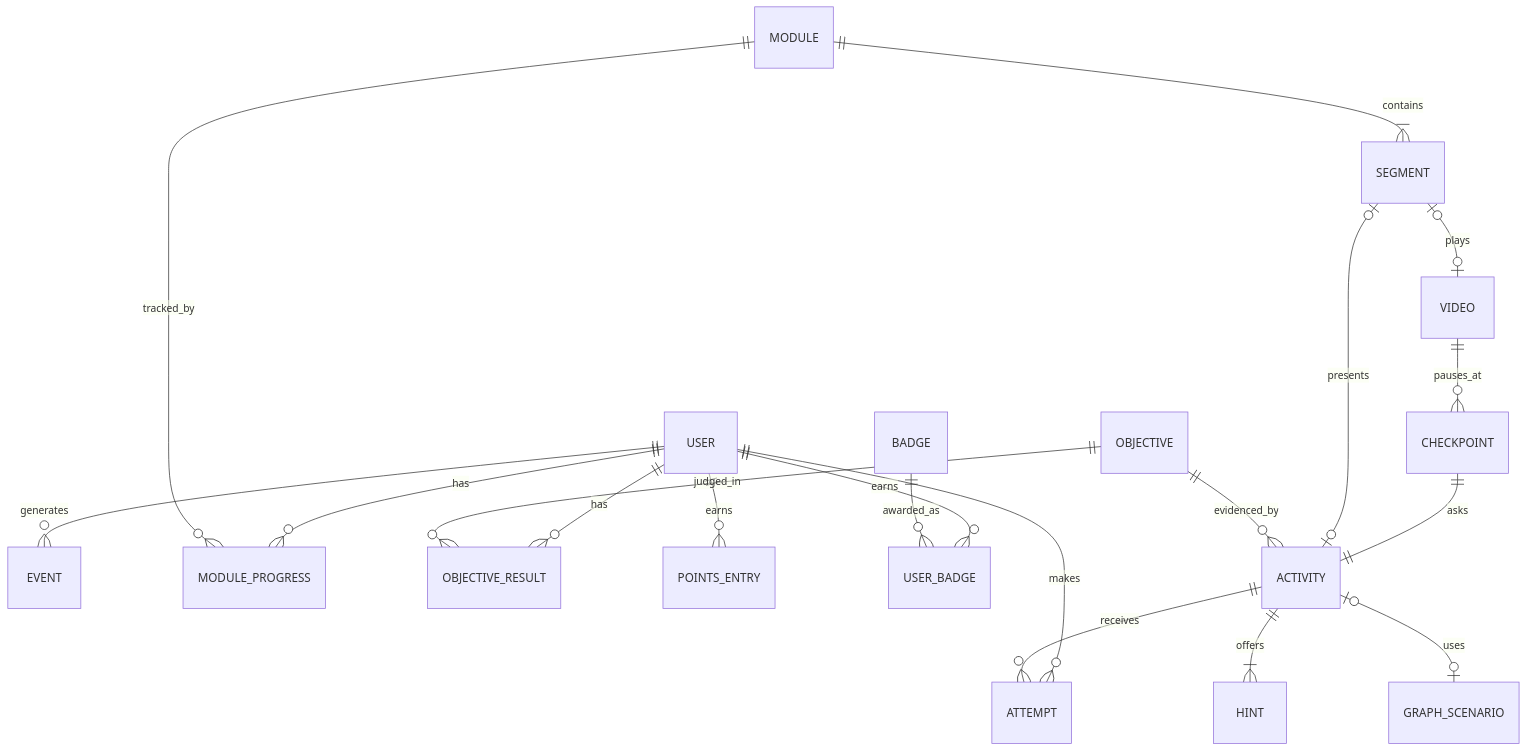
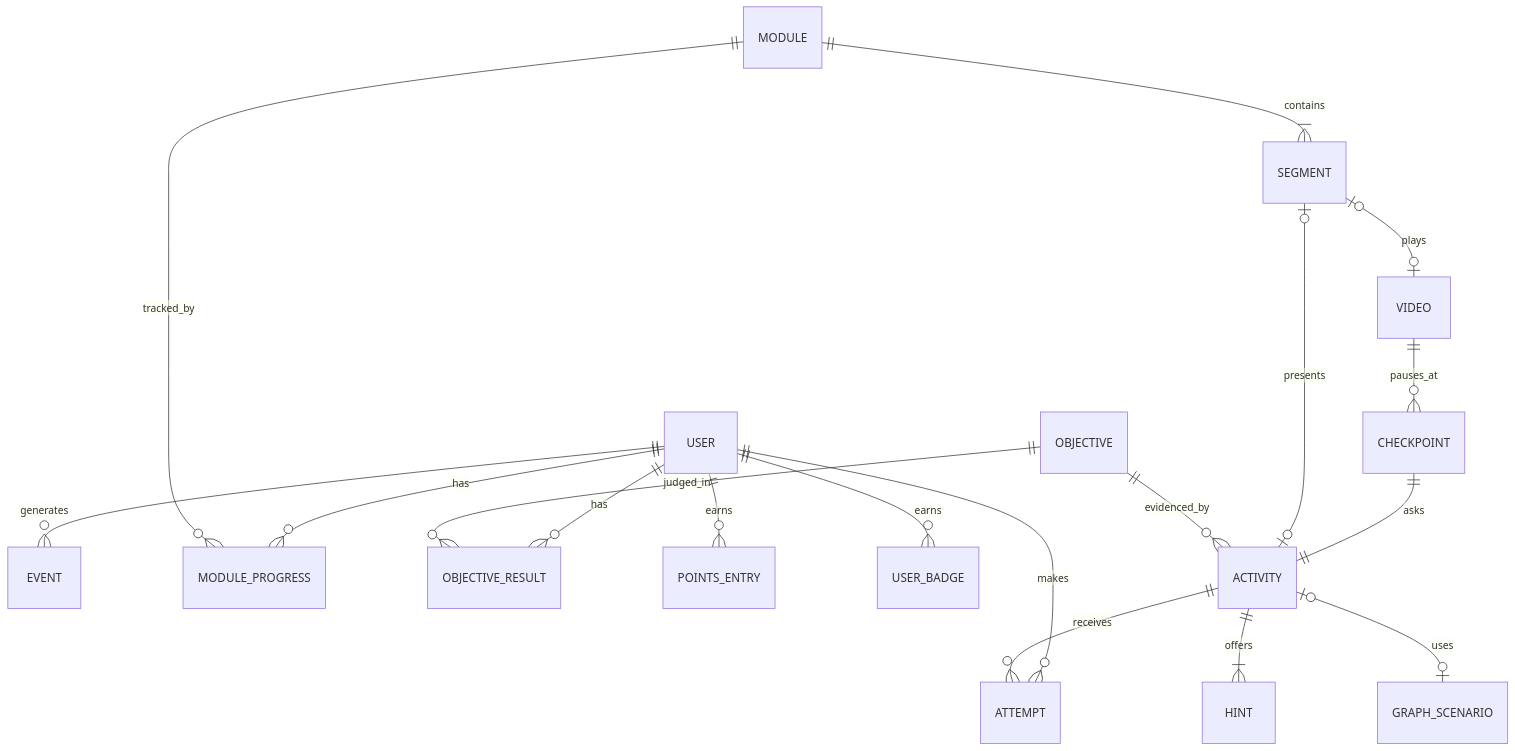
The fourth of 4 diagrams in docs/se/se-document.md (ctrl-group-cos750/cos750-project), drawn with Mermaid before and after one commit. The commit also changed other lines of this file and 12 other files, not shown here.

````diff
--- a/docs/se/se-document.md
+++ b/docs/se/se-document.md
@@ -480,21 +482,20 @@
 ```mermaid
 erDiagram
     USER ||--o{ ATTEMPT : makes
     USER ||--o{ EVENT : generates
     USER ||--o{ MODULE_PROGRESS : has
     USER ||--o{ OBJECTIVE_RESULT : has
     USER ||--o{ POINTS_ENTRY : earns
     USER ||--o{ USER_BADGE : earns
     MODULE ||--|{ SEGMENT : contains
     MODULE ||--o{ MODULE_PROGRESS : tracked_by
     SEGMENT |o--o| VIDEO : plays
     VIDEO ||--o{ CHECKPOINT : pauses_at
     CHECKPOINT ||--|| ACTIVITY : asks
     SEGMENT |o--o| ACTIVITY : presents
     OBJECTIVE ||--o{ ACTIVITY : evidenced_by
     OBJECTIVE ||--o{ OBJECTIVE_RESULT : judged_in
     ACTIVITY ||--|{ HINT : offers
     ACTIVITY ||--o{ ATTEMPT : receives
     ACTIVITY |o--o| GRAPH_SCENARIO : uses
-    BADGE ||--o{ USER_BADGE : awarded_as
 ```
````
